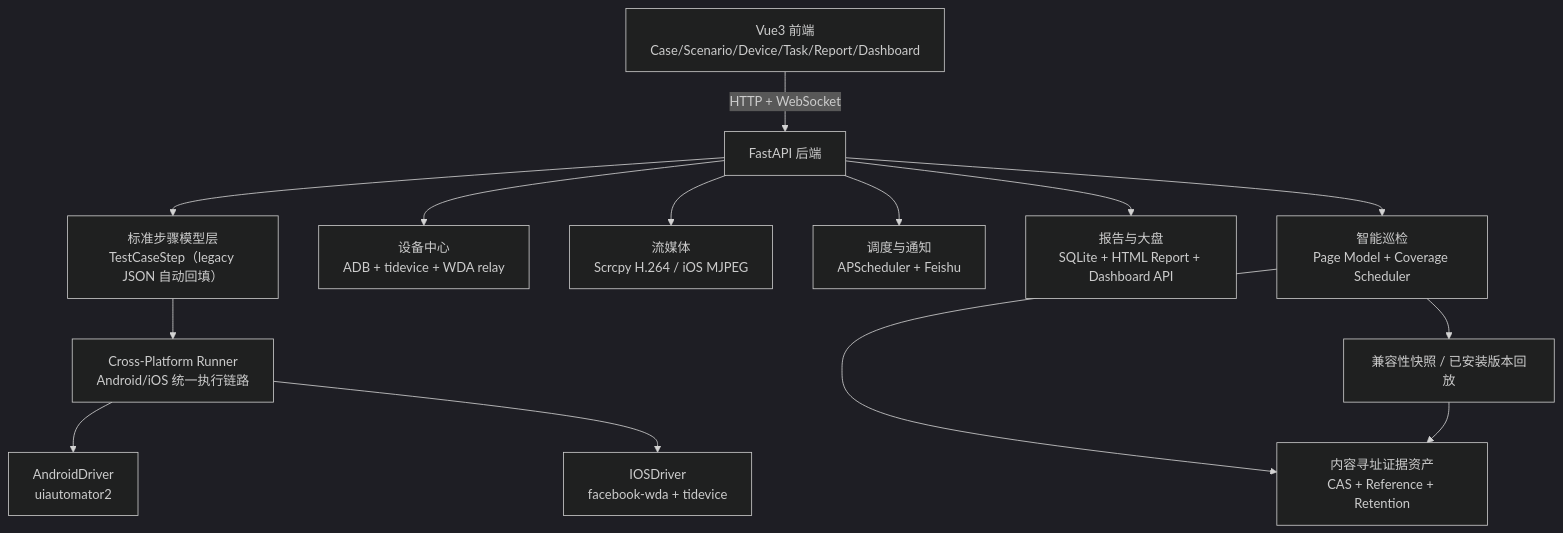
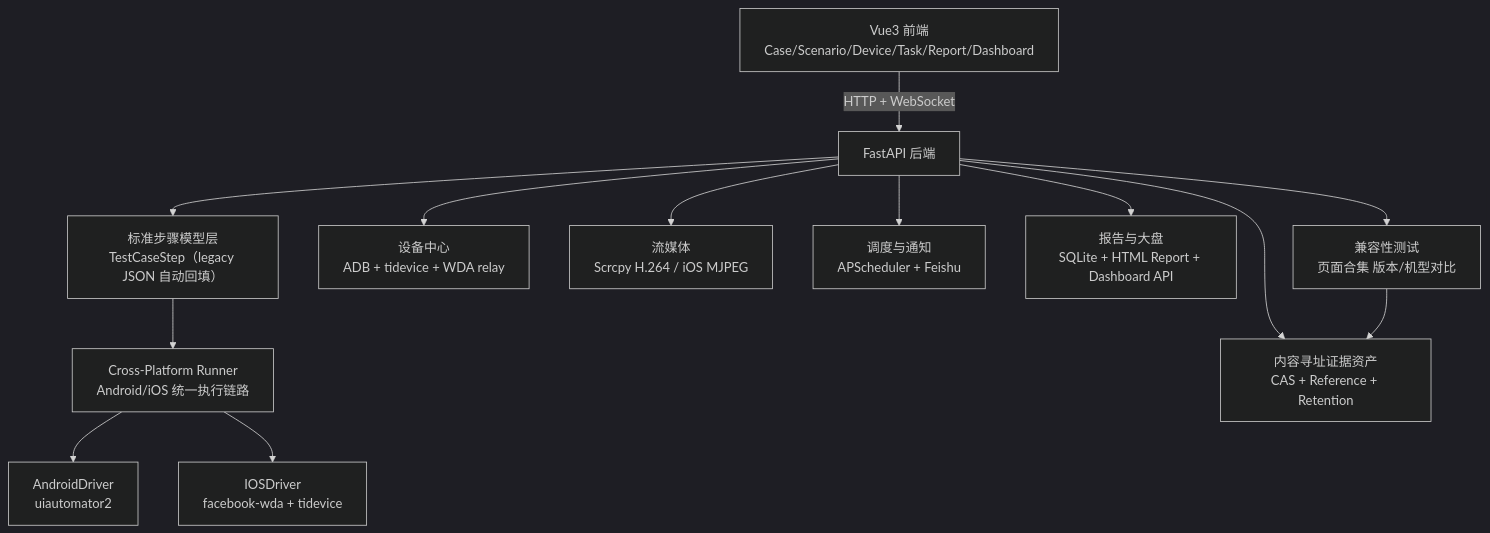
One commit to liqiu-debug/AutoDroid changed the diagram in docs/PROJECT_OVERVIEW_CN.md. Above: the diagram before and after it, drawn with Mermaid (dark theme). The commit also changed other lines of this file and 146 other files, not shown here.

````diff
--- a/docs/PROJECT_OVERVIEW_CN.md
+++ b/docs/PROJECT_OVERVIEW_CN.md
@@ -52,16 +50,15 @@
 ```mermaid
 flowchart TD
     A["Vue3 前端<br/>Case/Scenario/Device/Task/Report/Dashboard"] -->|"HTTP + WebSocket"| B["FastAPI 后端"]
     B --> C["标准步骤模型层<br/>TestCaseStep（legacy JSON 自动回填）"]
     C --> D2["Cross-Platform Runner<br/>Android/iOS 统一执行链路"]
     D2 --> E1["AndroidDriver<br/>uiautomator2"]
     D2 --> E2["IOSDriver<br/>facebook-wda + tidevice"]
     B --> F["设备中心<br/>ADB + tidevice + WDA relay"]
     B --> G["流媒体<br/>Scrcpy H.264 / iOS MJPEG"]
     B --> H["调度与通知<br/>APScheduler + Feishu"]
     B --> I["报告与大盘<br/>SQLite + HTML Report + Dashboard API"]
-    B --> J["智能巡检<br/>Page Model + Coverage Scheduler"]
-    J --> K["兼容性快照 / 已安装版本回放"]
-    J --> L["内容寻址证据资产<br/>CAS + Reference + Retention"]
+    B --> K["兼容性测试<br/>页面合集 版本/机型对比"]
+    B --> L["内容寻址证据资产<br/>CAS + Reference + Retention"]
     K --> L
 ```
````
